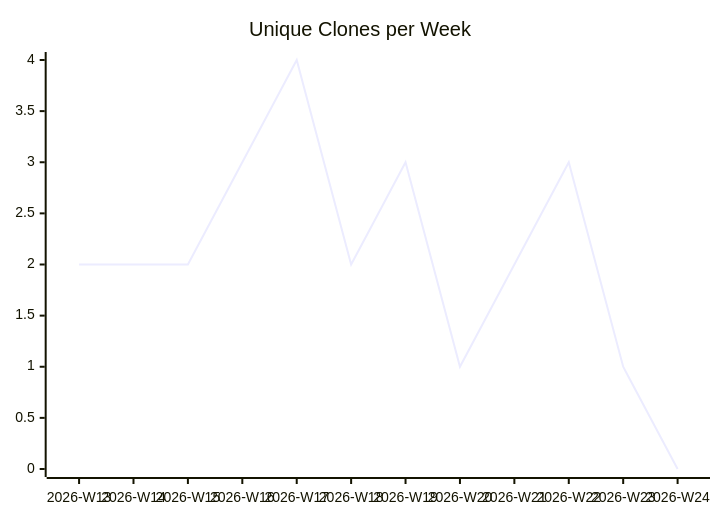
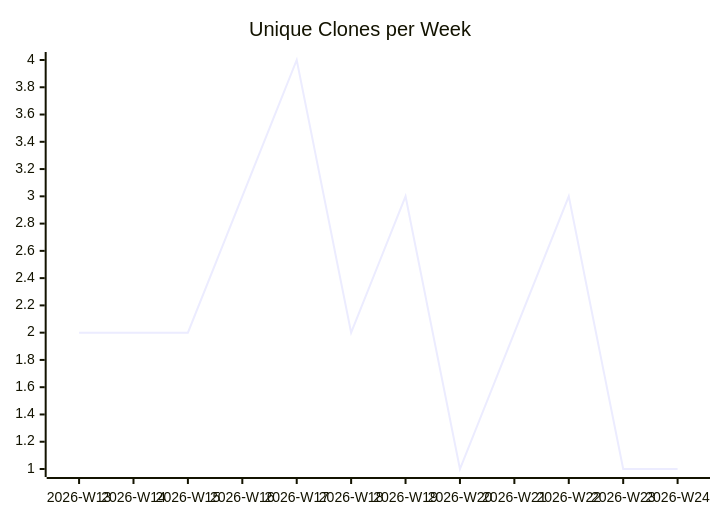
Before and after one commit to justdavis-family/github-analytics-data: the third of 3 diagrams in karlmdavis/bbonfhir-dev-infra-docker/README.md, drawn with Mermaid. The commit also changed other lines of this file and 194 other files, not shown here.

````diff
--- a/karlmdavis/bbonfhir-dev-infra-docker/README.md
+++ b/karlmdavis/bbonfhir-dev-infra-docker/README.md
@@ -19,6 +19,6 @@
 ```mermaid
 xychart-beta
   title "Unique Clones per Week"
   x-axis ["2026-W13", "2026-W14", "2026-W15", "2026-W16", "2026-W17", "2026-W18", "2026-W19", "2026-W20", "2026-W21", "2026-W22", "2026-W23", "2026-W24"]
-  line [2, 2, 2, 3, 4, 2, 3, 1, 2, 3, 1, 0]
+  line [2, 2, 2, 3, 4, 2, 3, 1, 2, 3, 1, 1]
 ```
````
